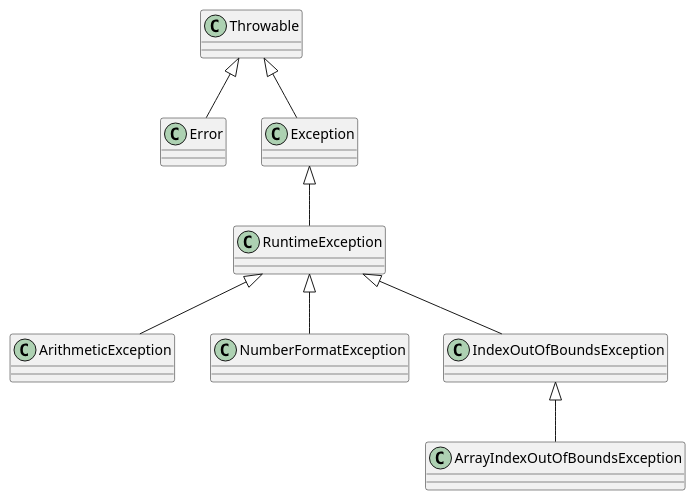
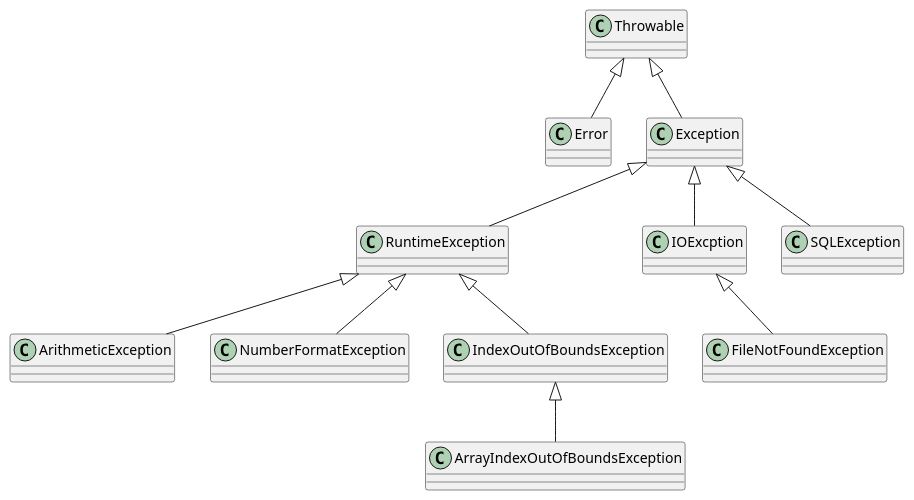
One commit to vinod-kayartaya/TARGET-APR-2023-BATCH-2 changed the diagram in day-05/exception-hierachy.pu. Above: the diagram before and after it, drawn with PlantUML. The commit also changed 27 other files, not shown here.

```diff
--- a/day-05/exception-hierachy.pu
+++ b/day-05/exception-hierachy.pu
@@ -1,13 +1,17 @@
 @startuml
 
 
 Throwable <|-- Error
 Throwable <|-- Exception
 
 Exception <|-- RuntimeException
+Exception <|-- IOExcption
+Exception <|-- SQLException
+
+IOExcption <|-- FileNotFoundException
 
 RuntimeException <|-- ArithmeticException
 RuntimeException <|-- NumberFormatException
 RuntimeException <|-- IndexOutOfBoundsException
 IndexOutOfBoundsException <|-- ArrayIndexOutOfBoundsException
 @enduml
```
